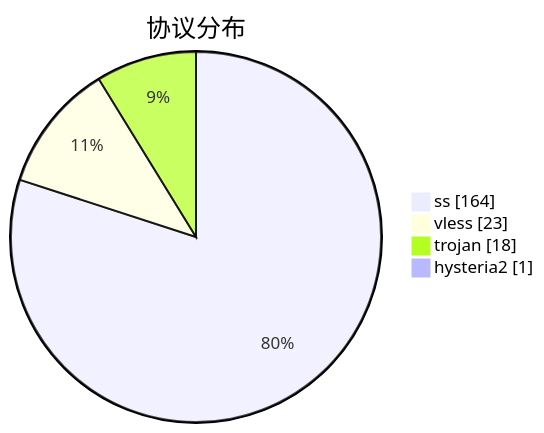
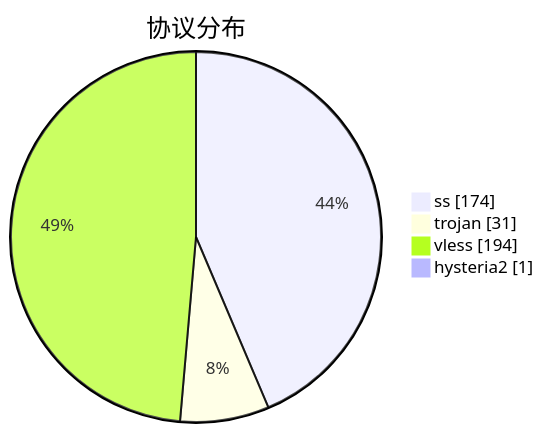
Before and after one commit to qjlxg/airport: the third of 3 diagrams in subs/statistics/tested_within.md, drawn with Mermaid. The commit also changed other lines of this file and 2 other files, not shown here.

````diff
--- a/subs/statistics/tested_within.md
+++ b/subs/statistics/tested_within.md
@@ -33,8 +37,8 @@
 ```mermaid
 pie showData
 title 协议分布
-"ss" : 164
-"vless" : 23
-"trojan" : 18
+"ss" : 174
+"trojan" : 31
+"vless" : 194
 "hysteria2" : 1
 ```
````
